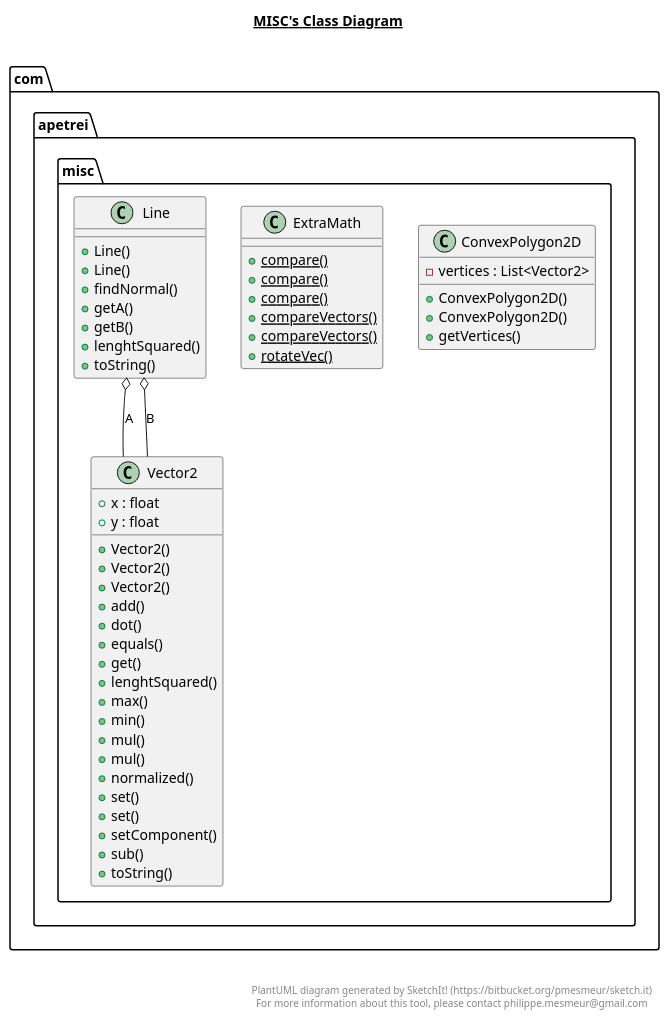
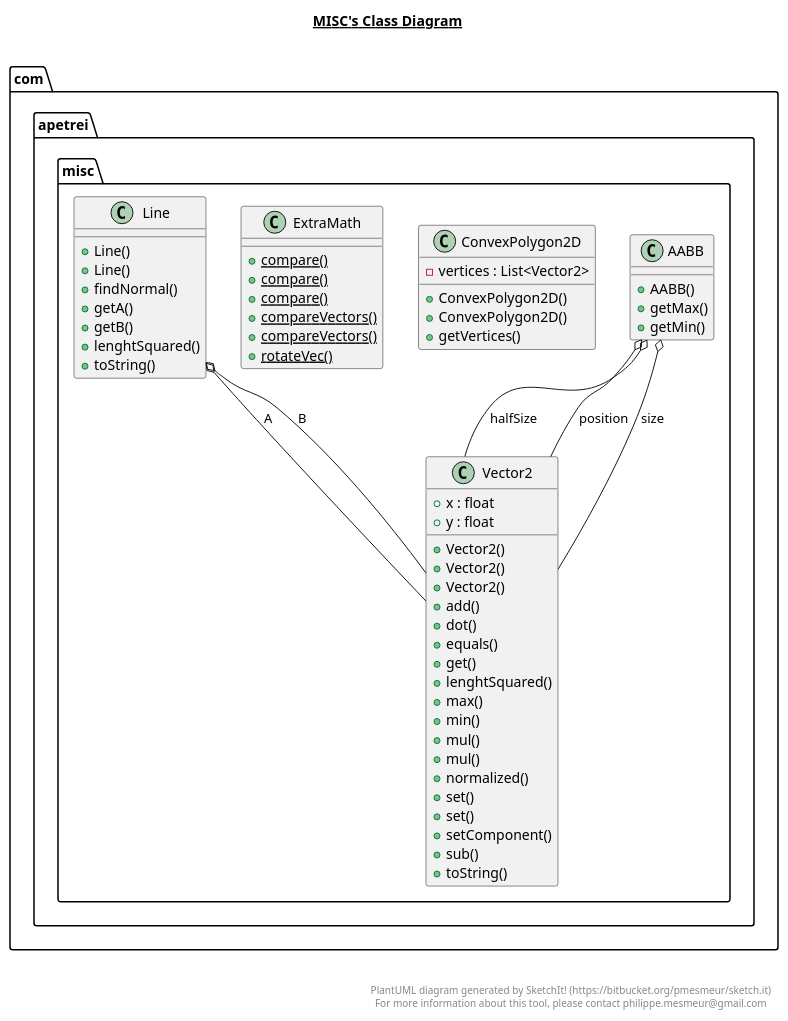
The diagram in out/production/Skewed Engine/com/apetrei/misc/misc.plantuml (TheWiseWolfy/Wild-Sky), drawn with PlantUML before and after one commit. The commit also changed 61 other files, not shown here.

```diff
--- a/out/production/Skewed Engine/com/apetrei/misc/misc.plantuml
+++ b/out/production/Skewed Engine/com/apetrei/misc/misc.plantuml
@@ -1,77 +1,89 @@
 @startuml
 
 title __MISC's Class Diagram__\n
+
+  namespace com.apetrei.misc {
+    class com.apetrei.misc.AABB {
+        + AABB()
+        + getMax()
+        + getMin()
+    }
+  }
+  
 
   namespace com.apetrei.misc {
     class com.apetrei.misc.ConvexPolygon2D {
         - vertices : List<Vector2>
         + ConvexPolygon2D()
         + ConvexPolygon2D()
         + getVertices()
     }
   }
   
 
   namespace com.apetrei.misc {
     class com.apetrei.misc.ExtraMath {
         {static} + compare()
         {static} + compare()
         {static} + compare()
         {static} + compareVectors()
         {static} + compareVectors()
         {static} + rotateVec()
     }
   }
   
 
   namespace com.apetrei.misc {
     class com.apetrei.misc.Line {
         + Line()
         + Line()
         + findNormal()
         + getA()
         + getB()
         + lenghtSquared()
         + toString()
     }
   }
   
 
   namespace com.apetrei.misc {
     class com.apetrei.misc.Vector2 {
         + x : float
         + y : float
         + Vector2()
         + Vector2()
         + Vector2()
         + add()
         + dot()
         + equals()
         + get()
         + lenghtSquared()
         + max()
         + min()
         + mul()
         + mul()
         + normalized()
         + set()
         + set()
         + setComponent()
         + sub()
         + toString()
     }
   }
   
 
+  com.apetrei.misc.AABB o-- com.apetrei.misc.Vector2 : halfSize
+  com.apetrei.misc.AABB o-- com.apetrei.misc.Vector2 : position
+  com.apetrei.misc.AABB o-- com.apetrei.misc.Vector2 : size
   com.apetrei.misc.Line o-- com.apetrei.misc.Vector2 : A
   com.apetrei.misc.Line o-- com.apetrei.misc.Vector2 : B
 
 
 right footer
 
 
 PlantUML diagram generated by SketchIt! (https://bitbucket.org/pmesmeur/sketch.it)
 For more information about this tool, please contact philippe.mesmeur@gmail.com
 endfooter
 
 @enduml
```
